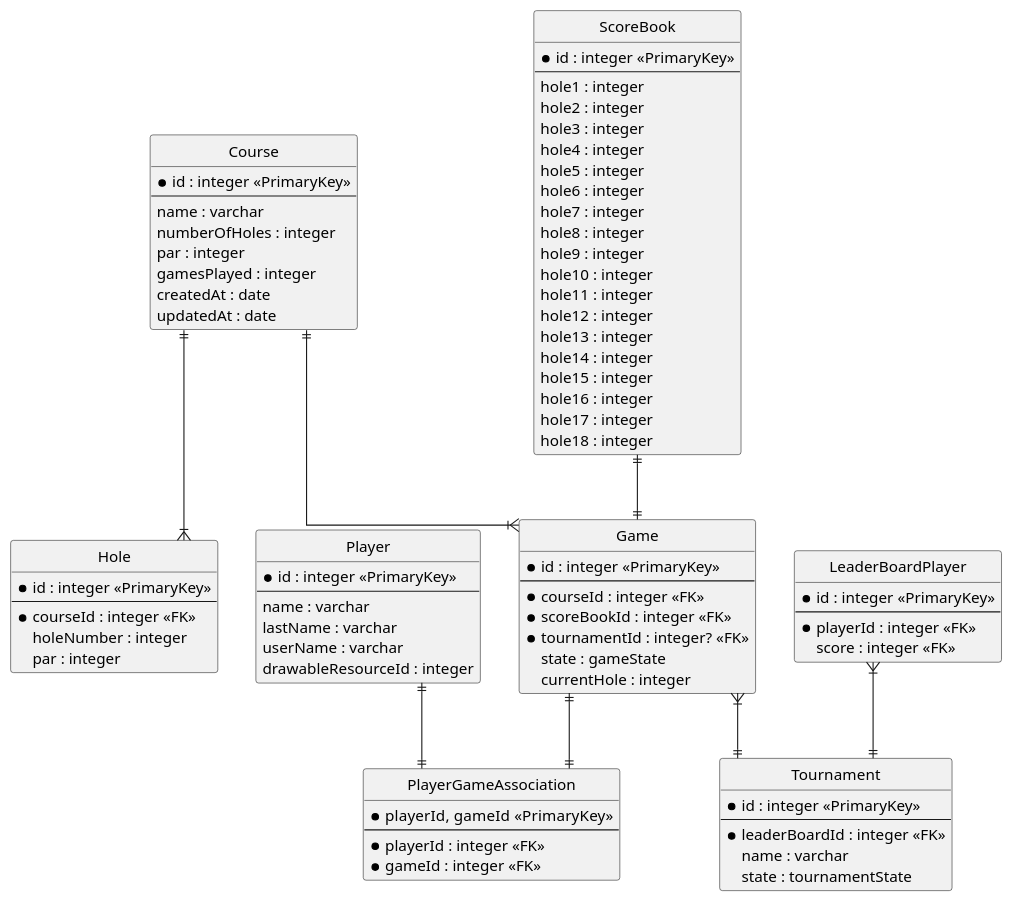
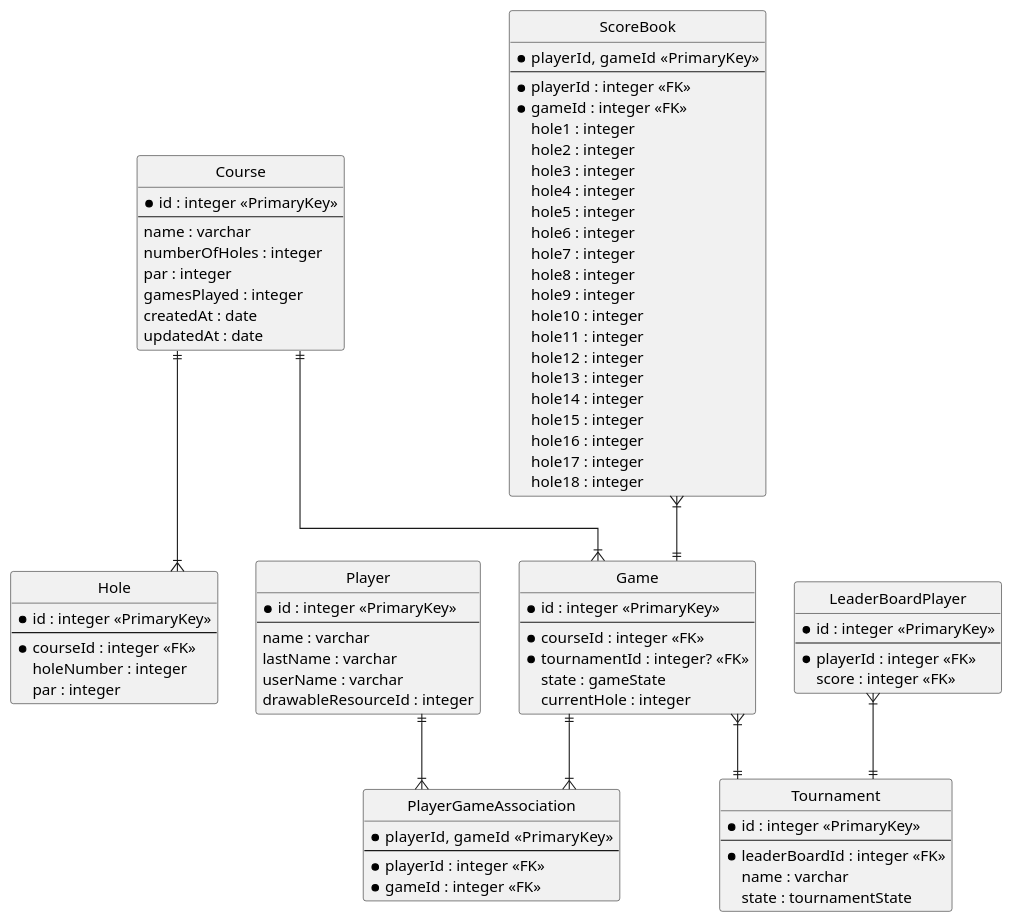
One commit to MindeurFou/golfbook-backend changed the diagram in doc/database_diagram.puml. Above: the diagram before and after it, drawn with PlantUML. The commit also changed 13 other files, not shown here.

Commit message:
Add Game and scoreBook DAO

```diff
--- a/doc/database_diagram.puml
+++ b/doc/database_diagram.puml
@@ -1,98 +1,99 @@
 @startuml
 
 hide circle
 skinparam linetype ortho
 
 class Hole {
     * id : integer <<PrimaryKey>>
     ---
     * courseId : integer <<FK>>
     holeNumber : integer
     par : integer
 }
 
 class Course {
     * id : integer <<PrimaryKey>>
     ---
     name : varchar
     numberOfHoles : integer
     par : integer
     gamesPlayed : integer
     createdAt : date
     updatedAt : date
 }
 
 class Game {
     * id : integer <<PrimaryKey>>
     ---
     * courseId : integer <<FK>>
-    * scoreBookId : integer <<FK>>
     * tournamentId : integer? <<FK>>
     state : gameState
     currentHole : integer
 }
 
 class Player {
     * id : integer <<PrimaryKey>>
     ---
     name : varchar
     lastName : varchar
     userName : varchar
     drawableResourceId : integer
 }
 
 class PlayerGameAssociation {
     * playerId, gameId  <<PrimaryKey>>
     ---
     * playerId : integer <<FK>>
     * gameId : integer <<FK>>
 }
 
 class ScoreBook {
-    * id : integer <<PrimaryKey>>
+    * playerId, gameId  <<PrimaryKey>>
     ---
+    * playerId : integer <<FK>>
+    * gameId : integer <<FK>>
     hole1 : integer
     hole2 : integer
     hole3 : integer
     hole4 : integer
     hole5 : integer
     hole6 : integer
     hole7 : integer
     hole8 : integer
     hole9 : integer
     hole10 : integer
     hole11 : integer
     hole12 : integer
     hole13 : integer
     hole14 : integer
     hole15 : integer
     hole16 : integer
     hole17 : integer
     hole18 : integer
 }
 
 class Tournament {
     * id : integer <<PrimaryKey>>
     ---
     * leaderBoardId : integer <<FK>>
     name : varchar
     state : tournamentState
 }
 
 class LeaderBoardPlayer {
     * id : integer <<PrimaryKey>>
     ---
     * playerId : integer <<FK>>
     score : integer <<FK>>
 }
 
 
 Course ||--|{ Hole
 Course ||--|{ Game
-Player ||--|| PlayerGameAssociation
-Game ||--|| PlayerGameAssociation
-ScoreBook ||--|| Game
+Player ||--|{ PlayerGameAssociation
+Game ||--|{ PlayerGameAssociation
+ScoreBook }|--|| Game
 Game }|--|| Tournament
 LeaderBoardPlayer }|--|| Tournament
 
 @enduml
```
